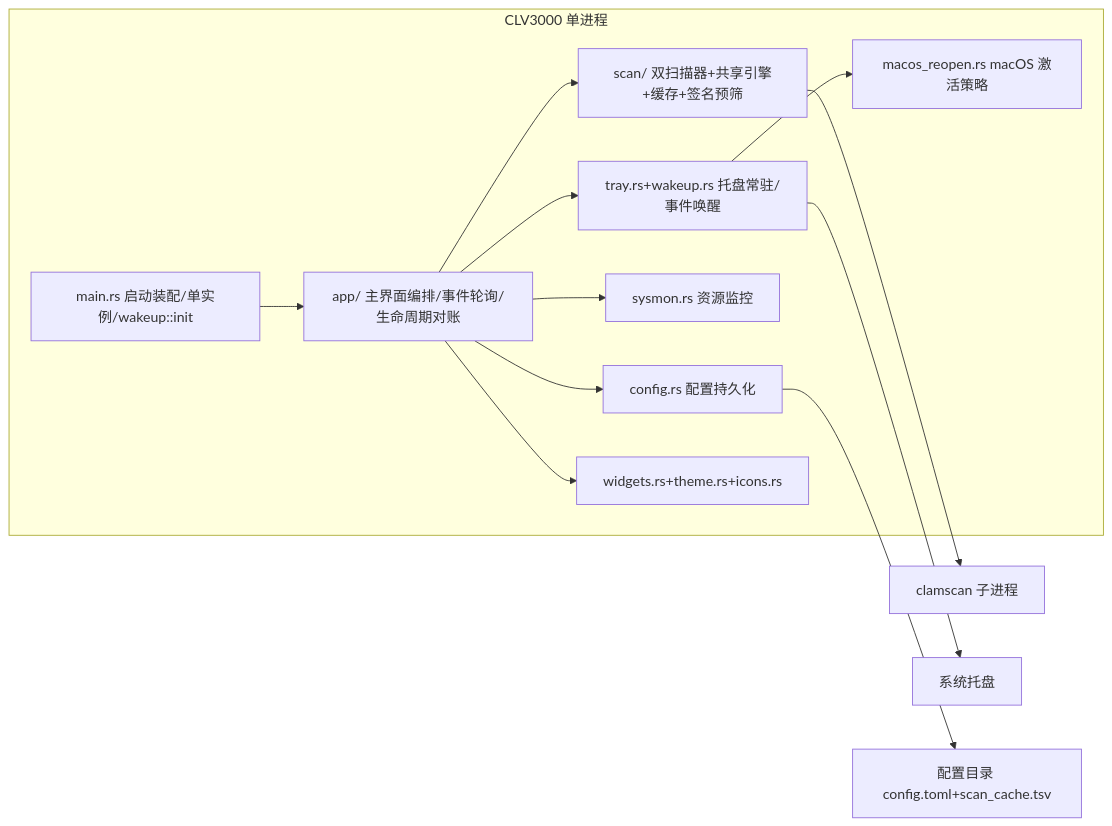
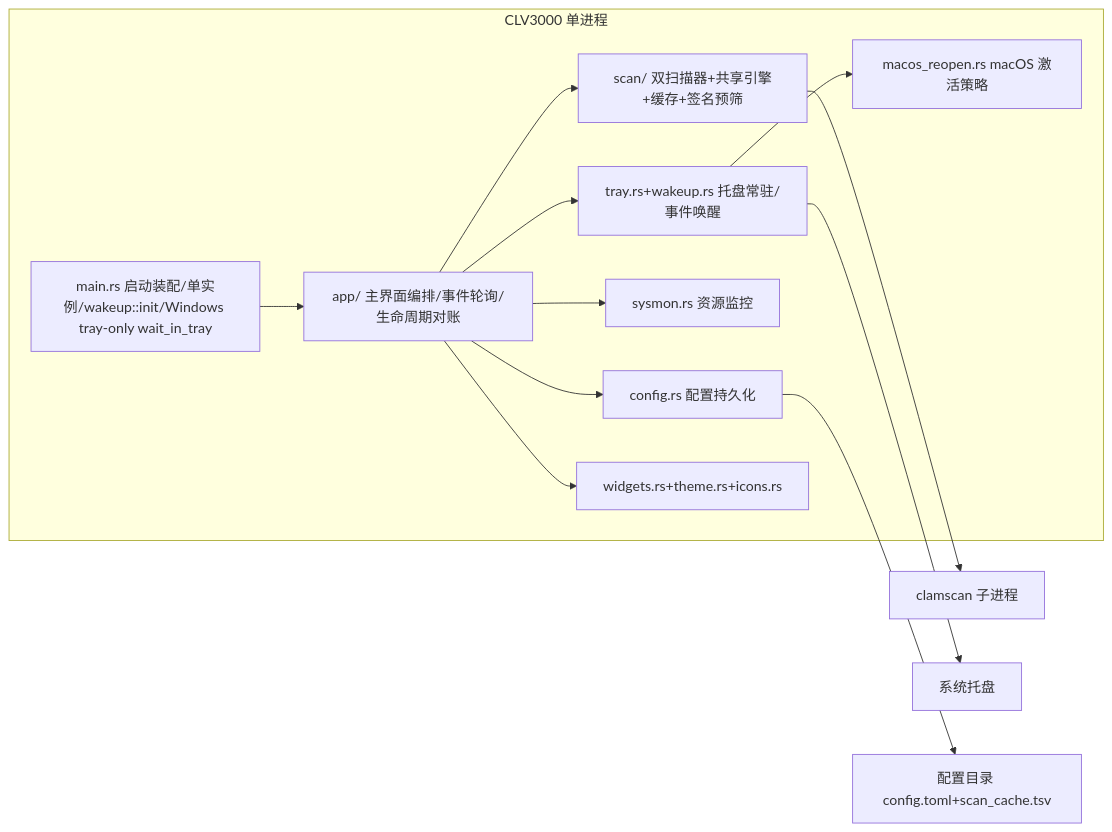
Before and after one commit to sopaco/CLV3000: the diagram in .terrain/agent/context.md, drawn with Mermaid. The commit also changed other lines of this file and 18 other files, not shown here.

````diff
--- a/.terrain/agent/context.md
+++ b/.terrain/agent/context.md
@@ -16,18 +16,18 @@
 ```mermaid
 graph LR
   subgraph app[CLV3000 单进程]
-    MAIN[main.rs 启动装配/单实例/wakeup::init]
+    MAIN[main.rs 启动装配/单实例/wakeup::init/Windows tray-only wait_in_tray]
     APP[app/ 主界面编排/事件轮询/生命周期对账]
     SCAN[scan/ 双扫描器+共享引擎+缓存+签名预筛]
     CFG[config.rs 配置持久化]
     SYS[sysmon.rs 资源监控]
     TR[tray.rs+wakeup.rs 托盘常驻/事件唤醒]
     UI[widgets.rs+theme.rs+icons.rs]
     MAC[macos_reopen.rs macOS 激活策略]
   end
   MAIN-->APP; APP-->SCAN; APP-->CFG; APP-->SYS; APP-->TR; APP-->UI
   SCAN-->CL[clamscan 子进程]
   TR-->TRAY[系统托盘]
   TR-->MAC
   CFG-->TOML[配置目录 config.toml+scan_cache.tsv]
 ```
````
